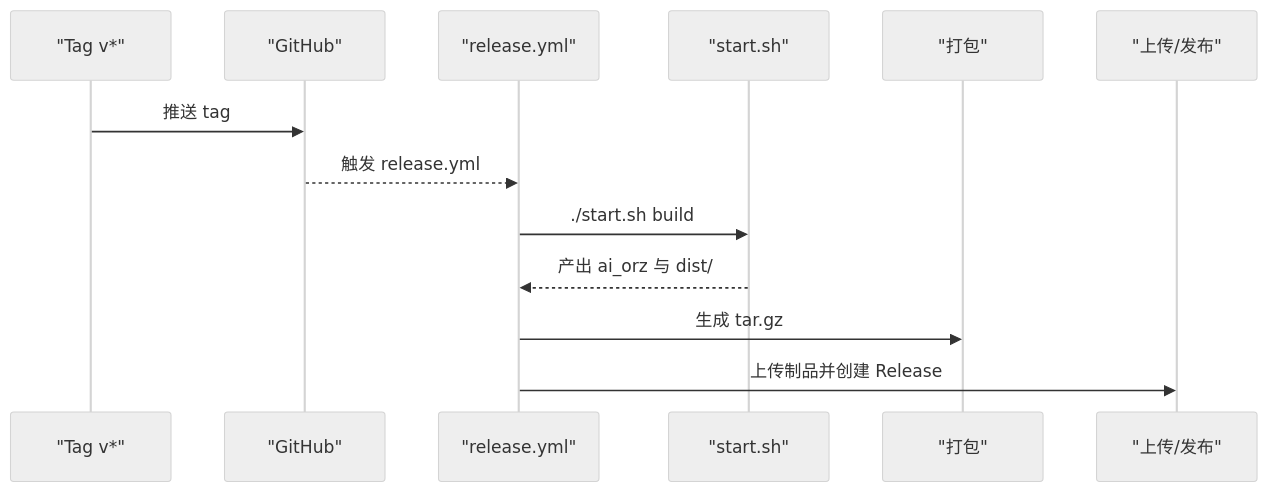
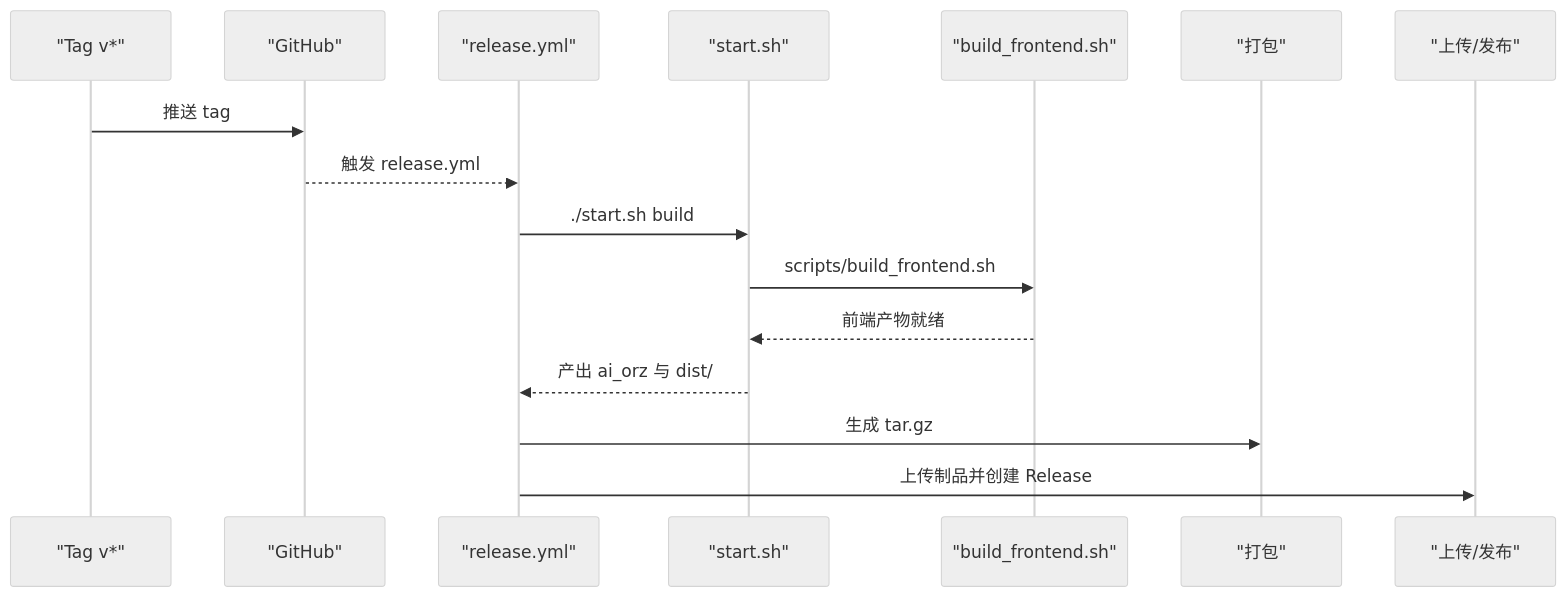
Before and after one commit to runningcoders/ai_orz: the fourth of 7 diagrams in .qoder/repowiki/zh/content/基础设施/持续集成与发布工作流.md, drawn with Mermaid (neutral theme). The commit also changed other lines of this file and 133 other files, not shown here.

````diff
--- a/.qoder/repowiki/zh/content/基础设施/持续集成与发布工作流.md
+++ b/.qoder/repowiki/zh/content/基础设施/持续集成与发布工作流.md
@@ -174,15 +203,18 @@
 ```mermaid
 sequenceDiagram
 participant Tag as "Tag v*"
 participant GH as "GitHub"
 participant R as "release.yml"
 participant S as "start.sh"
+participant F as "build_frontend.sh"
 participant P as "打包"
 participant U as "上传/发布"
 Tag->>GH : 推送 tag
 GH-->>R : 触发 release.yml
 R->>S : ./start.sh build
+S->>F : scripts/build_frontend.sh
+F-->>S : 前端产物就绪
 S-->>R : 产出 ai_orz 与 dist/
 R->>P : 生成 tar.gz
 R->>U : 上传制品并创建 Release
 ```
````
